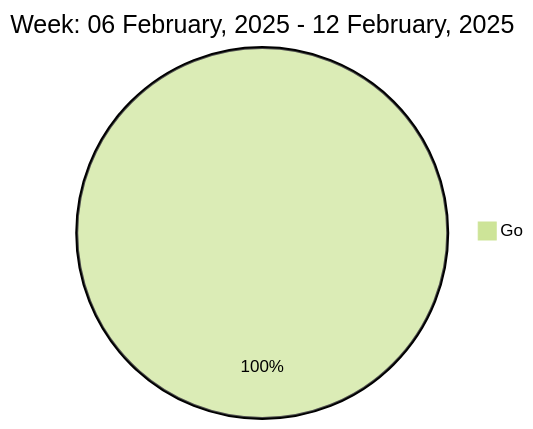
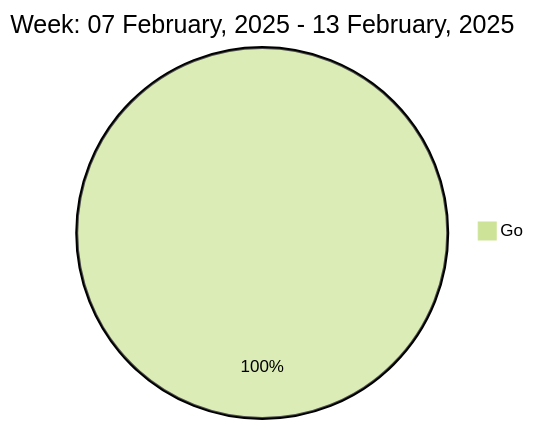
The diagram in README.md (liubin95/liubin95), drawn with Mermaid (forest theme) before and after one commit.

Commit message:
Updated the Graph with new Metrics

````diff
--- a/README.md
+++ b/README.md
@@ -37,5 +37,5 @@
 ```mermaid
  pie
-title Week: 06 February, 2025 - 12 February, 2025
+title Week: 07 February, 2025 - 13 February, 2025
  "Go" : 2.78
 ```
````
